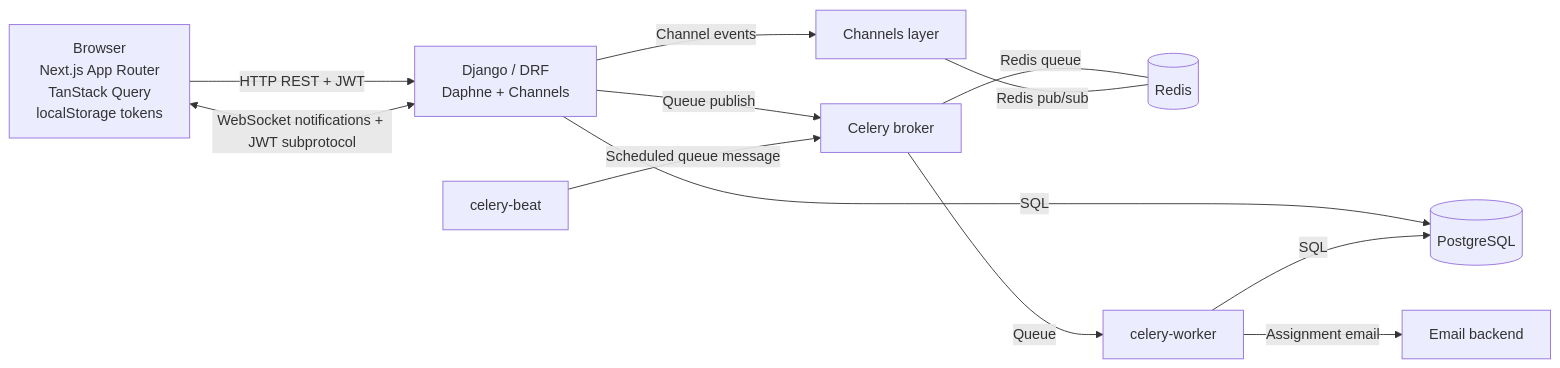
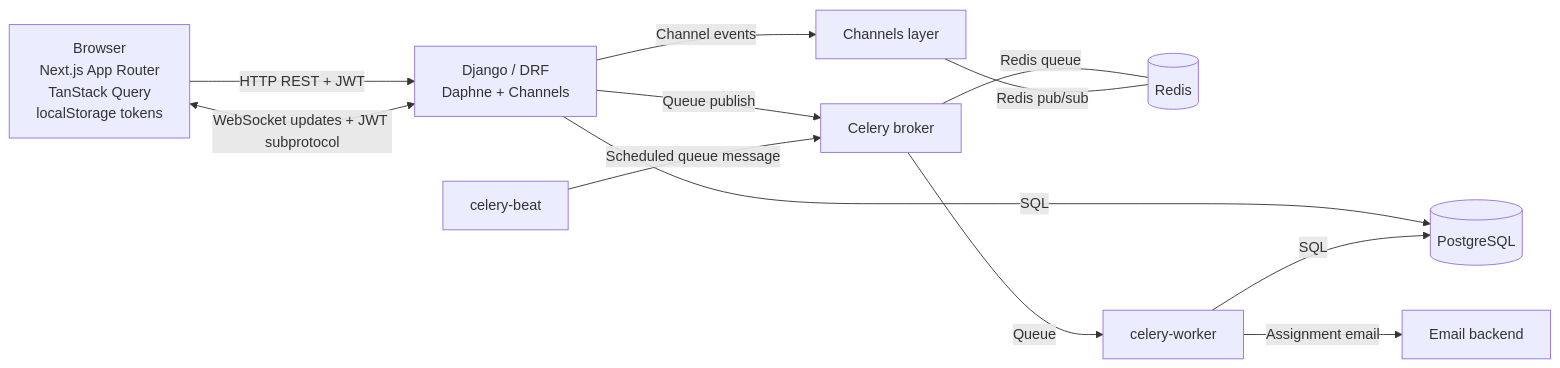
One commit to fizasayeed776/tasklane-project changed the first of 3 diagrams in README.md. Above: the diagram before and after it, drawn with Mermaid. The commit also changed other lines of this file and 1 other file, not shown here.

````diff
--- a/README.md
+++ b/README.md
@@ -7,24 +7,24 @@
 ```mermaid
 flowchart LR
     Browser[Browser<br/>Next.js App Router<br/>TanStack Query<br/>localStorage tokens]
     ASGI[Django / DRF<br/>Daphne + Channels]
     DB[(PostgreSQL)]
     Redis[(Redis)]
     Broker[Celery broker]
     Channels[Channels layer]
     Worker[celery-worker]
     Beat[celery-beat]
     Mail[Email backend]
 
     Browser -->|HTTP REST + JWT| ASGI
-    Browser <-->|WebSocket notifications + JWT subprotocol| ASGI
+    Browser <-->|WebSocket updates + JWT subprotocol| ASGI
     ASGI -->|SQL| DB
     ASGI -->|Queue publish| Broker
     ASGI -->|Channel events| Channels
     Broker ---|Redis queue| Redis
     Channels ---|Redis pub/sub| Redis
     Broker -->|Queue| Worker
     Beat -->|Scheduled queue message| Broker
     Worker -->|Assignment email| Mail
     Worker -->|SQL| DB
 ```
````
